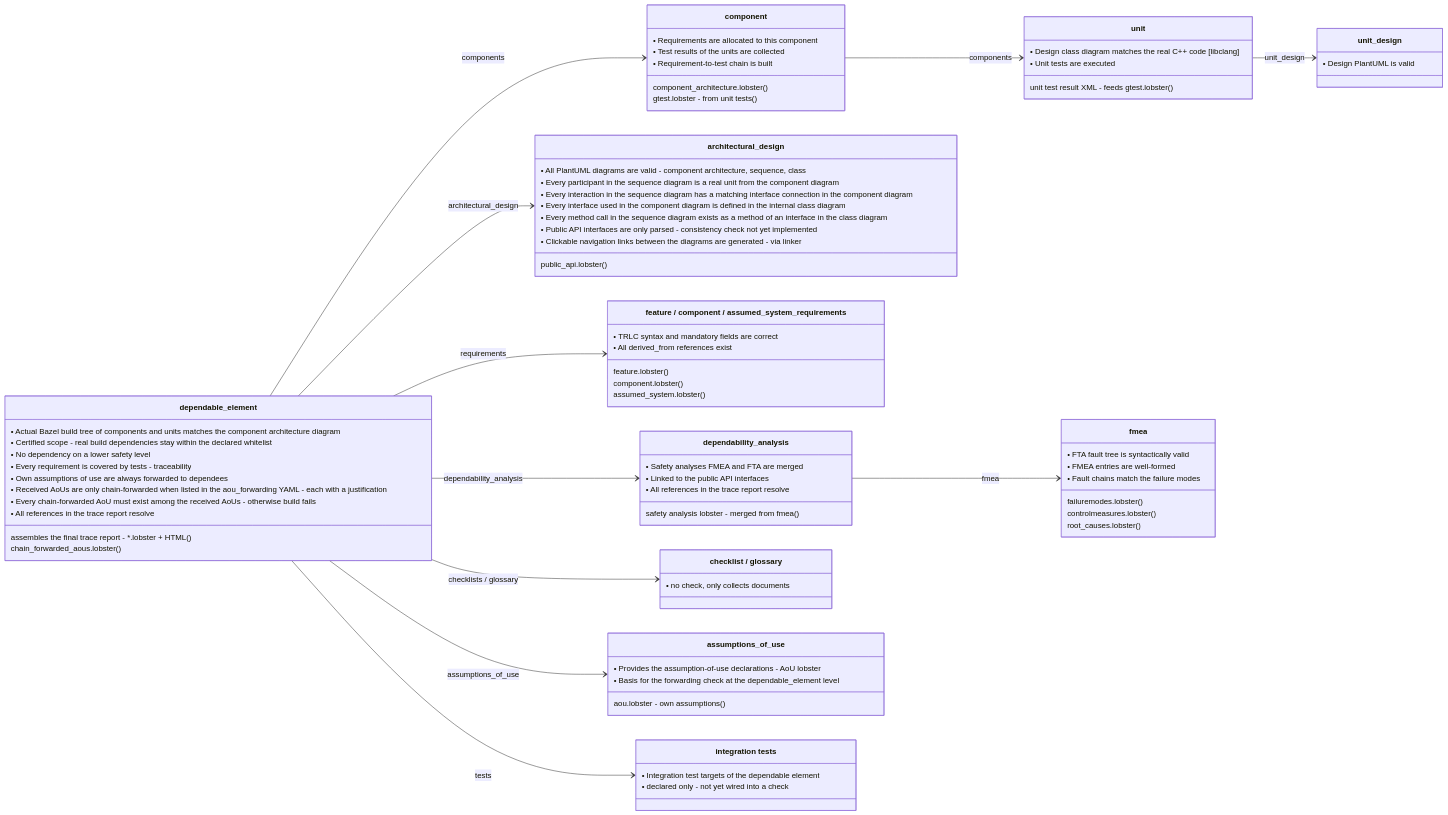
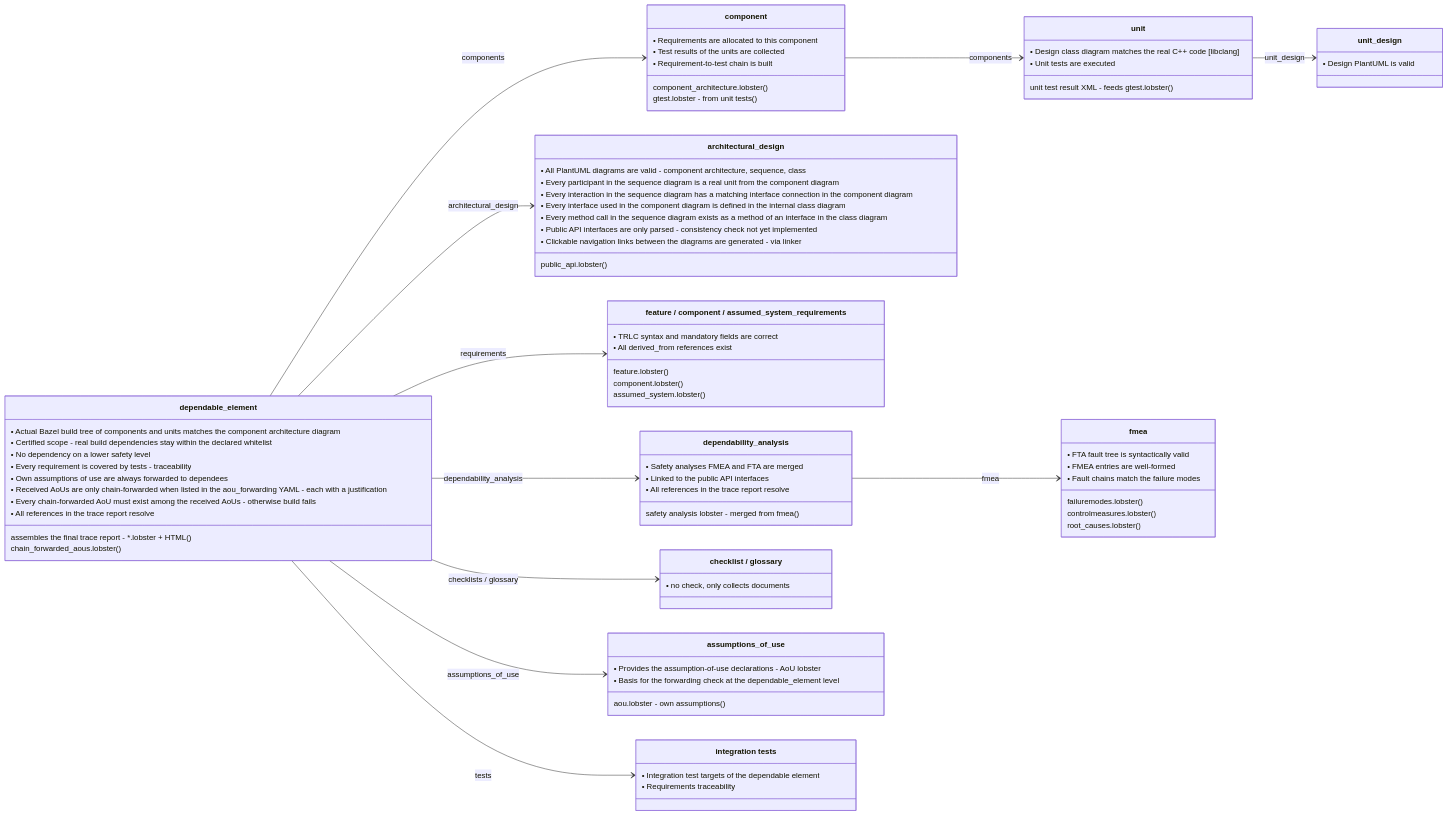
One commit to eclipse-score/score changed the second of 2 diagrams in docs/design_decisions/DR-009-infra.md. Above: the diagram before and after it, drawn with Mermaid. The commit also changed other lines of this file, not shown here.

````diff
--- a/docs/design_decisions/DR-009-infra.md
+++ b/docs/design_decisions/DR-009-infra.md
@@ -329,6 +329,6 @@
 
     class TEST["integration tests"]
     TEST : • Integration test targets of the dependable element
-    TEST : • declared only - not yet wired into a check
+    TEST : • Requirements traceability
     DE --> TEST : tests
 ```
````
